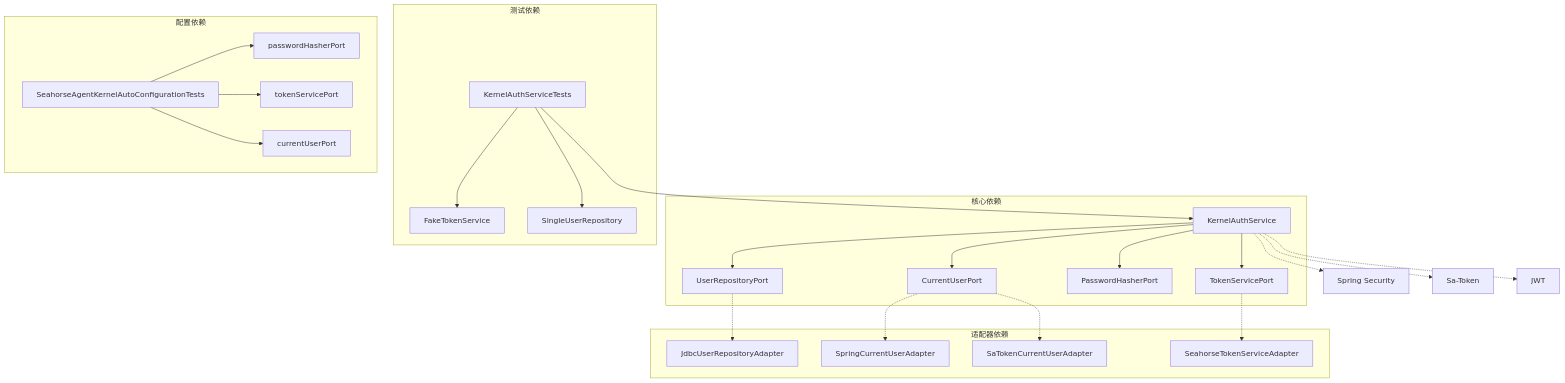
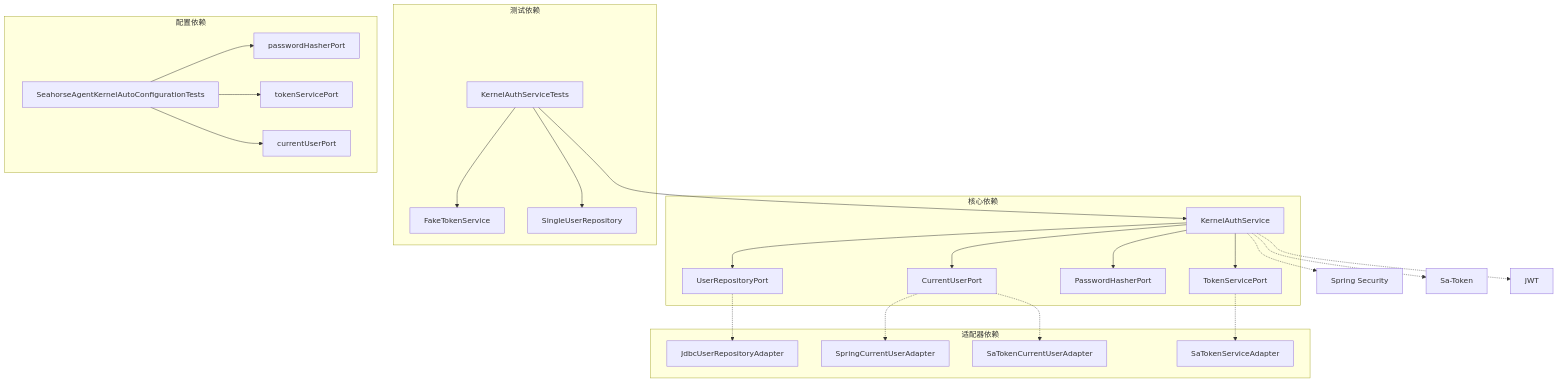
Before and after one commit to onceMisery/seahorse-agent: the seventh of 7 diagrams in docs/zh/content/后端系统/核心内核/端口接口/出站端口/认证出站端口.md, drawn with Mermaid. The commit also changed other lines of this file and 71 other files, not shown here.

Commit message:
docs: align docs with current architecture

````diff
--- a/docs/zh/content/后端系统/核心内核/端口接口/出站端口/认证出站端口.md
+++ b/docs/zh/content/后端系统/核心内核/端口接口/出站端口/认证出站端口.md
@@ -327,28 +327,28 @@
 ```mermaid
 graph TB
 subgraph "核心依赖"
 A[KernelAuthService] --> B[CurrentUserPort]
 A --> C[UserRepositoryPort]
 A --> D[PasswordHasherPort]
 A --> E[TokenServicePort]
 end
 subgraph "测试依赖"
 F[KernelAuthServiceTests] --> A
 F --> G[FakeTokenService]
 F --> H[SingleUserRepository]
 end
 subgraph "配置依赖"
 I[SeahorseAgentKernelAutoConfigurationTests] --> J[passwordHasherPort]
 I --> K[tokenServicePort]
 I --> L[currentUserPort]
 end
 subgraph "适配器依赖"
 C -.-> M[JdbcUserRepositoryAdapter]
 B -.-> N[SpringCurrentUserAdapter]
 B -.-> O[SaTokenCurrentUserAdapter]
-E -.-> P[SeahorseTokenServiceAdapter]
+E -.-> P[SaTokenServiceAdapter]
 end
 A -.-> Q[Spring Security]
 A -.-> R[Sa-Token]
 A -.-> S[JWT]
 ```
````
